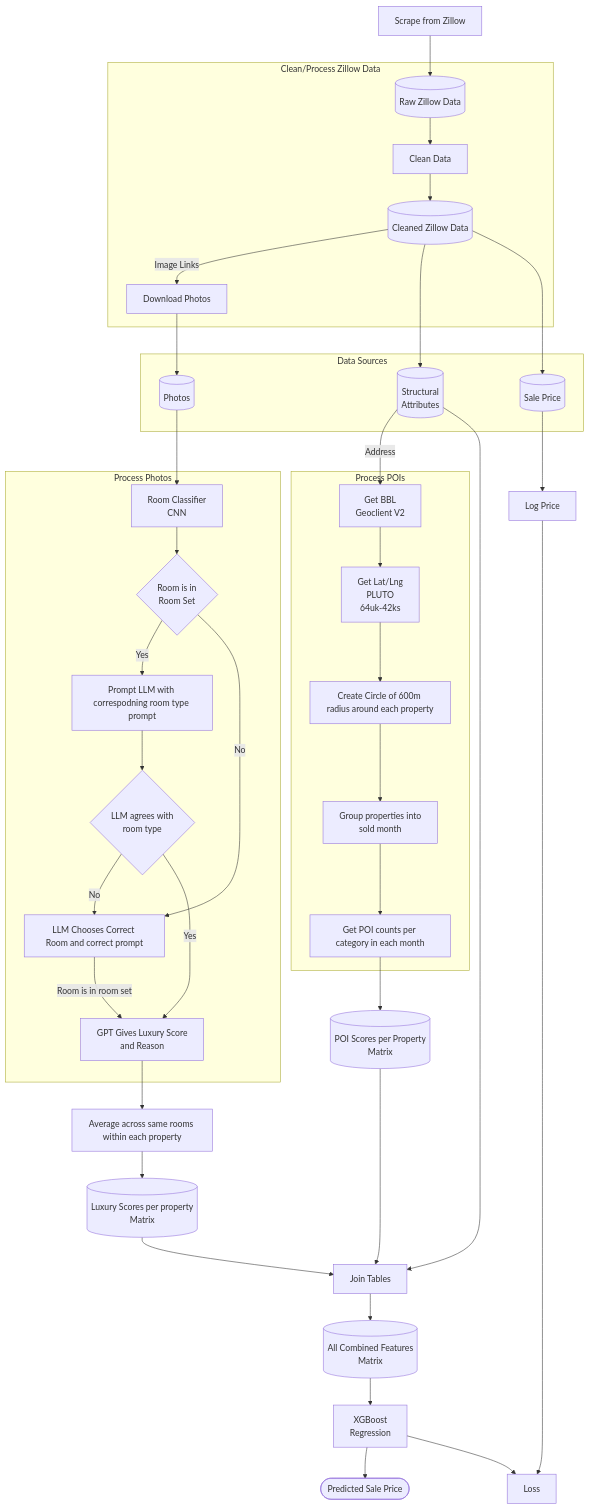
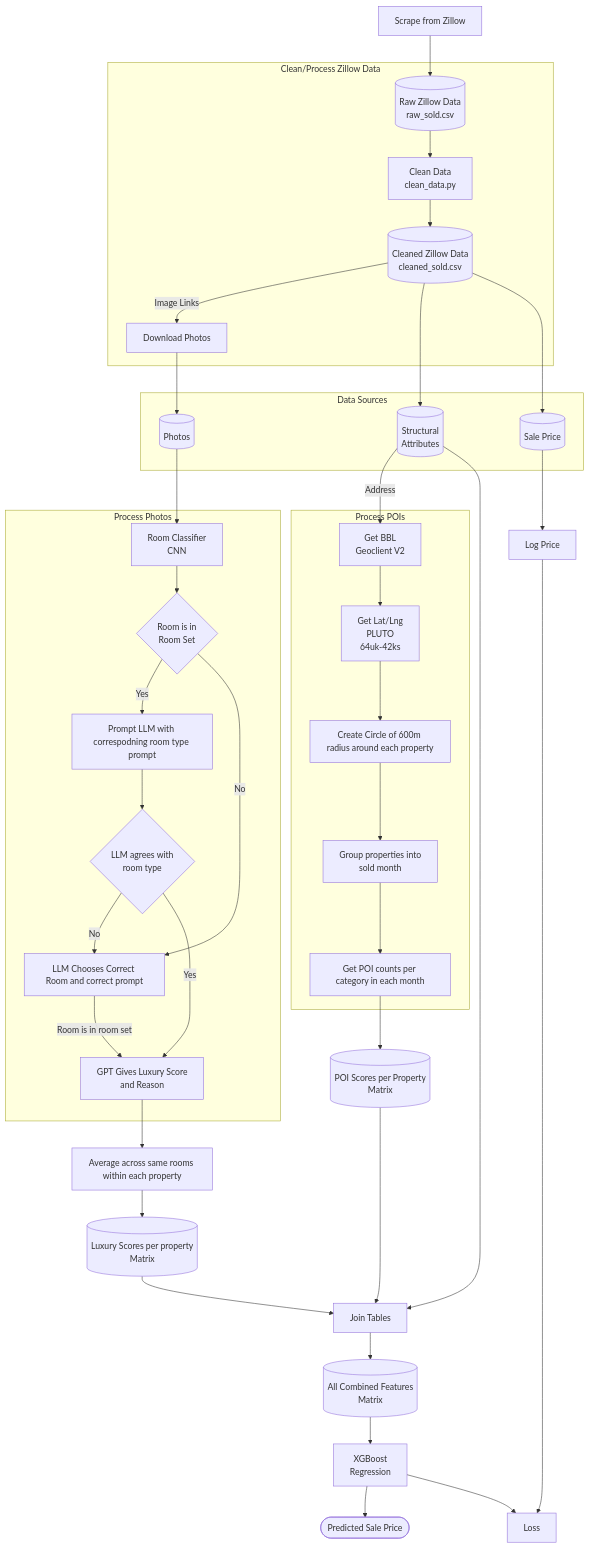
Before and after one commit to skywat1/CompEdge: the diagram in pipeline.md, drawn with Mermaid. The commit also changed 18 other files, not shown here.

Commit message:
Made clean_data; Made split_data for photos

````diff
--- a/pipeline.md
+++ b/pipeline.md
@@ -1,62 +1,62 @@
 ```mermaid
 flowchart TD
 
     SCRAPE[Scrape from Zillow]
 
     subgraph CLEAN_ZILLOW[Clean/Process Zillow Data]
-        ZRAW[(Raw Zillow Data)]
-        ZRAW --> ZCLEAN[Clean Data]
-        ZCLEAN --> ZCLEANED[(Cleaned Zillow Data)]
+        ZRAW[(Raw Zillow Data <br/> raw_sold.csv)]
+        ZRAW --> ZCLEAN[Clean Data <br/> clean_data.py]
+        ZCLEAN --> ZCLEANED[(Cleaned Zillow Data <br/> cleaned_sold.csv)]
          ZCLEANED --> |Image Links| IMGDOWNLOAD[Download Photos]
     end
 
     SCRAPE --> ZRAW
 
     subgraph DATA_SRC[Data Sources]
         STRUCT_ATTR[(Structural<br/>Attributes)]
         PHOTOS[(Photos)]
         PRICE[(Sale Price)]
     end
 
     ZCLEANED --> STRUCT_ATTR
     IMGDOWNLOAD --> PHOTOS
     ZCLEANED --> PRICE
 
     PHOTOS --> ROOM_CNN
 
     subgraph PHOTOS_PROC[Process Photos]
         ROOM_CNN[Room Classifier <br/> CNN]
         ROOM_CNN --> IN_ROOM_SET{Room is in <br/> Room Set}
         IN_ROOM_SET --> |Yes| LLM_IMG_PROMPT[Prompt LLM with correspodning room type prompt]
         IN_ROOM_SET --> |No| LLM_CHOOSE_ROOM
         LLM_IMG_PROMPT --> LLM_AGREES{LLM agrees with <br/> room type}
         LLM_AGREES --> |No| LLM_CHOOSE_ROOM[LLM Chooses Correct Room and correct prompt]
         LLM_AGREES --> |Yes| LLM_SCORE[GPT Gives Luxury Score <br/> and Reason]
         LLM_CHOOSE_ROOM --> |Room is in room set| LLM_SCORE
     end
 
     LLM_SCORE --> AGGR_PHOTOS[Average across same rooms within each property]
     AGGR_PHOTOS --> IMG_MATRIX[(Luxury Scores per property<br/>Matrix)]
 
     subgraph POI_PROC[Process POIs]
         STRUCT_ATTR --> |Address| GET_BBL[Get BBL<br/>Geoclient V2]
         GET_BBL --> PLUTO_POI[Get Lat/Lng <br/> PLUTO <br/> 64uk-42ks]
         PLUTO_POI --> CREATE_CIRCLES[Create Circle of 600m radius around each property]
         CREATE_CIRCLES --> POI_DATE_AGGR[Group properties into <br/> sold month]
         POI_DATE_AGGR --> OHSOME[Get POI counts per category in each month]
     end
 
     OHSOME --> POI_MATRIX[(POI Scores per Property <br/> Matrix)]
 
     JOIN_TABLES[Join Tables]
     STRUCT_ATTR --> JOIN_TABLES
     IMG_MATRIX --> JOIN_TABLES
     POI_MATRIX --> JOIN_TABLES
     JOIN_TABLES --> ALL_FEATURES[(All Combined Features <br/> Matrix)]
 
     ALL_FEATURES --> XGBOOST[XGBoost <br/> Regression]
     XGBOOST --> PRICE_PRED([Predicted Sale Price])
     XGBOOST --> LOSS[Loss]
     PRICE --> LOG_PRICE[Log Price]
     LOG_PRICE --> LOSS
 ```
````
